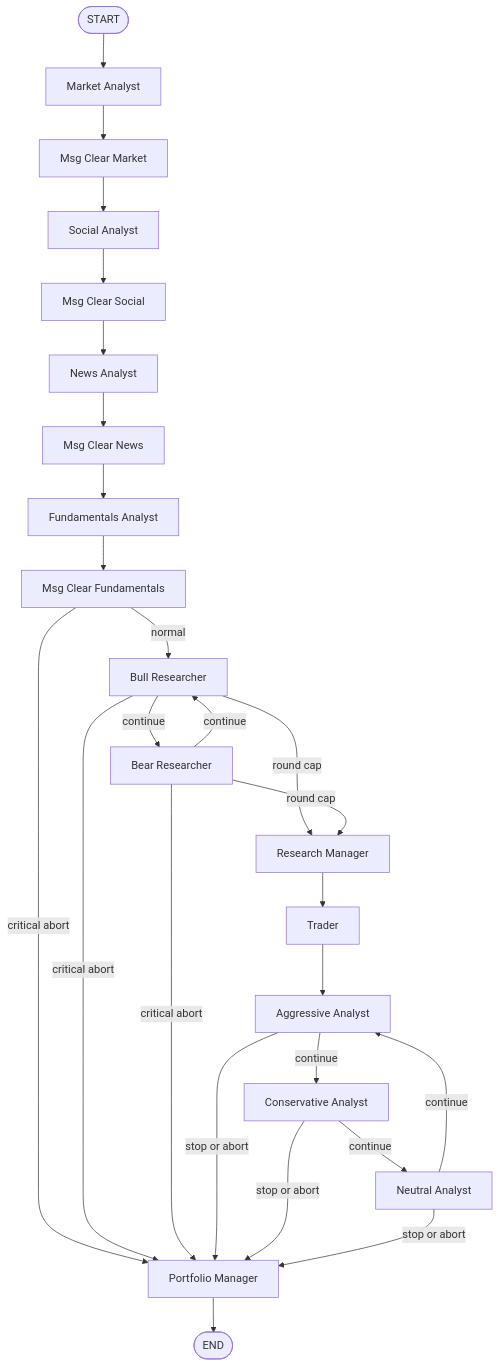
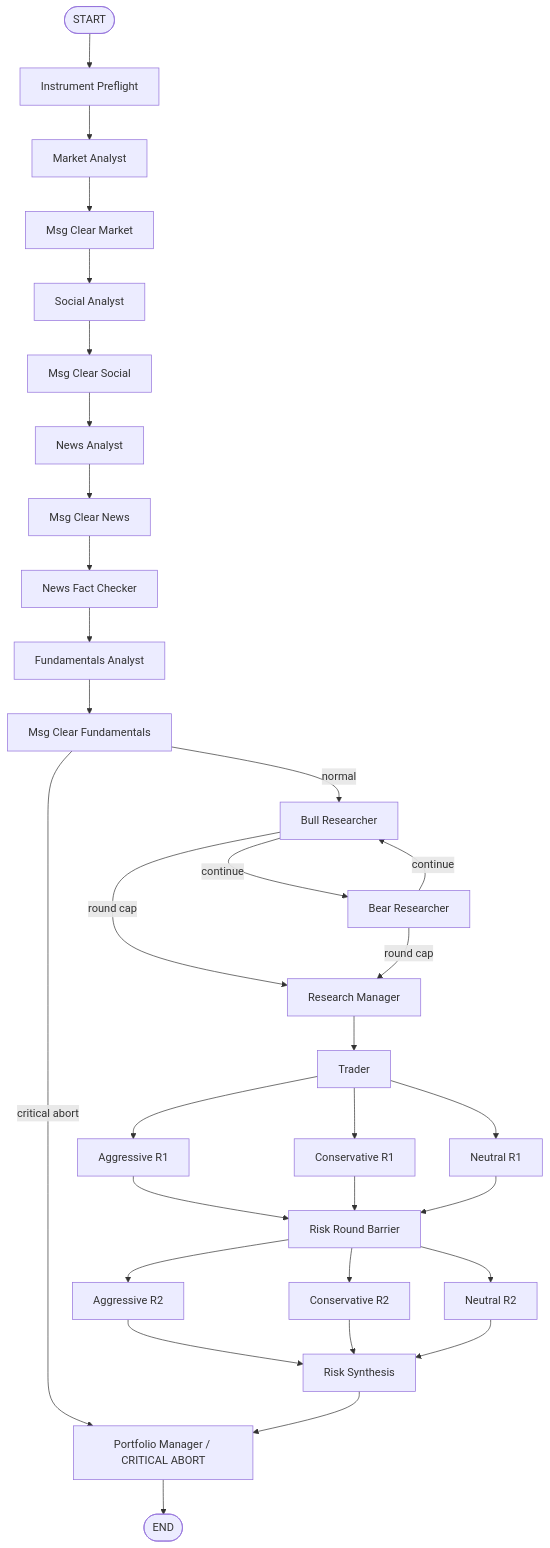
The second of 4 diagrams in docs/graph_flows.md (TauricResearch/TradingAgents), drawn with Mermaid before and after one commit. The commit also changed other lines of this file and 3 other files, not shown here.

Commit message:
docs: update system documentation with heuristic fast-paths, parallel risk analysis, instrument preflight, and news fact-checking workflows.

````diff
--- a/docs/graph_flows.md
+++ b/docs/graph_flows.md
@@ -37,28 +61,39 @@
 ```mermaid
 flowchart TD
-    A([START]) --> B["Market Analyst"]
+    A([START]) --> P["Instrument Preflight"]
+    P --> B["Market Analyst"]
     B --> C["Msg Clear Market"]
     C --> D["Social Analyst"]
     D --> E["Msg Clear Social"]
     E --> F["News Analyst"]
     F --> G["Msg Clear News"]
-    G --> H["Fundamentals Analyst"]
+    G --> G1["News Fact Checker"]
+    G1 --> H["Fundamentals Analyst"]
     H --> I["Msg Clear Fundamentals"]
     I -->|normal| J["Bull Researcher"]
-    I -->|critical abort| Q["Portfolio Manager"]
+    I -->|critical abort| Q["Portfolio Manager / CRITICAL ABORT"]
     J -->|continue| K["Bear Researcher"]
     J -->|round cap| L["Research Manager"]
-    J -->|critical abort| Q
     K -->|continue| J
     K -->|round cap| L
-    K -->|critical abort| Q
     L --> M["Trader"]
-    M --> N["Aggressive Analyst"]
-    N -->|continue| O["Conservative Analyst"]
-    N -->|stop or abort| Q
-    O -->|continue| P["Neutral Analyst"]
-    O -->|stop or abort| Q
-    P -->|continue| N
-    P -->|stop or abort| Q
-    Q --> R([END])
+    
+    M --> R1_A["Aggressive R1"]
+    M --> R1_C["Conservative R1"]
+    M --> R1_N["Neutral R1"]
+    
+    R1_A --> Barrier["Risk Round Barrier"]
+    R1_C --> Barrier
+    R1_N --> Barrier
+    
+    Barrier --> R2_A["Aggressive R2"]
+    Barrier --> R2_C["Conservative R2"]
+    Barrier --> R2_N["Neutral R2"]
+    
+    R2_A --> Synth["Risk Synthesis"]
+    R2_C --> Synth
+    R2_N --> Synth
+    
+    Synth --> Q
+    Q --> Z([END])
 ```
````
